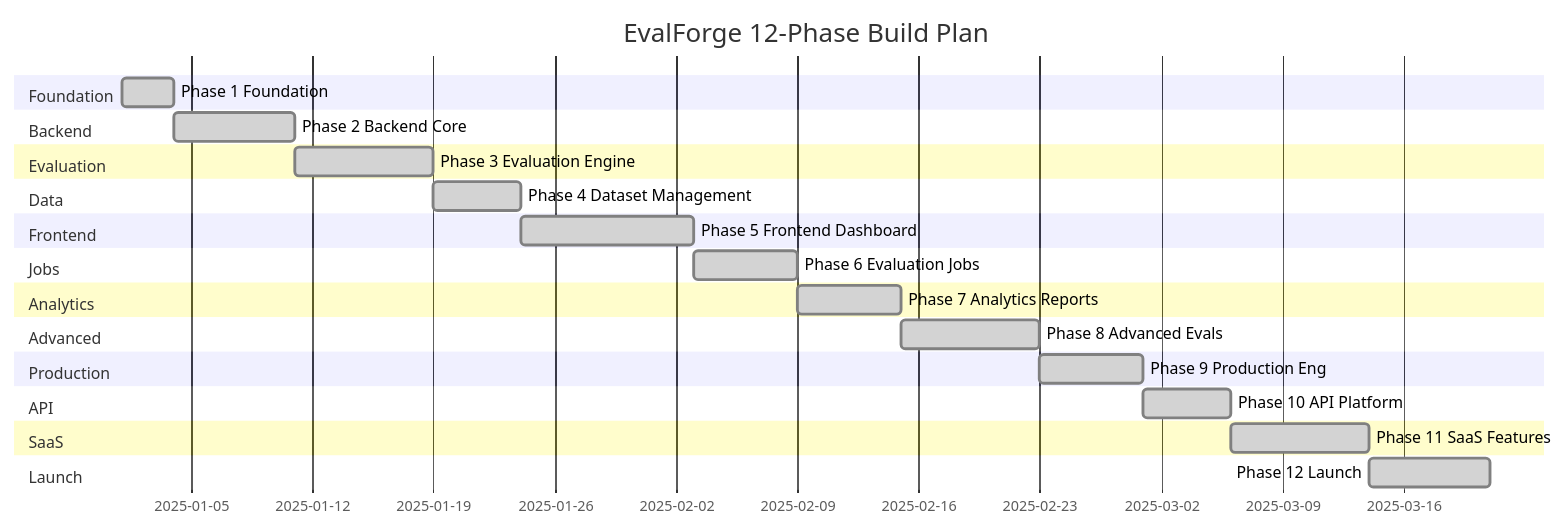
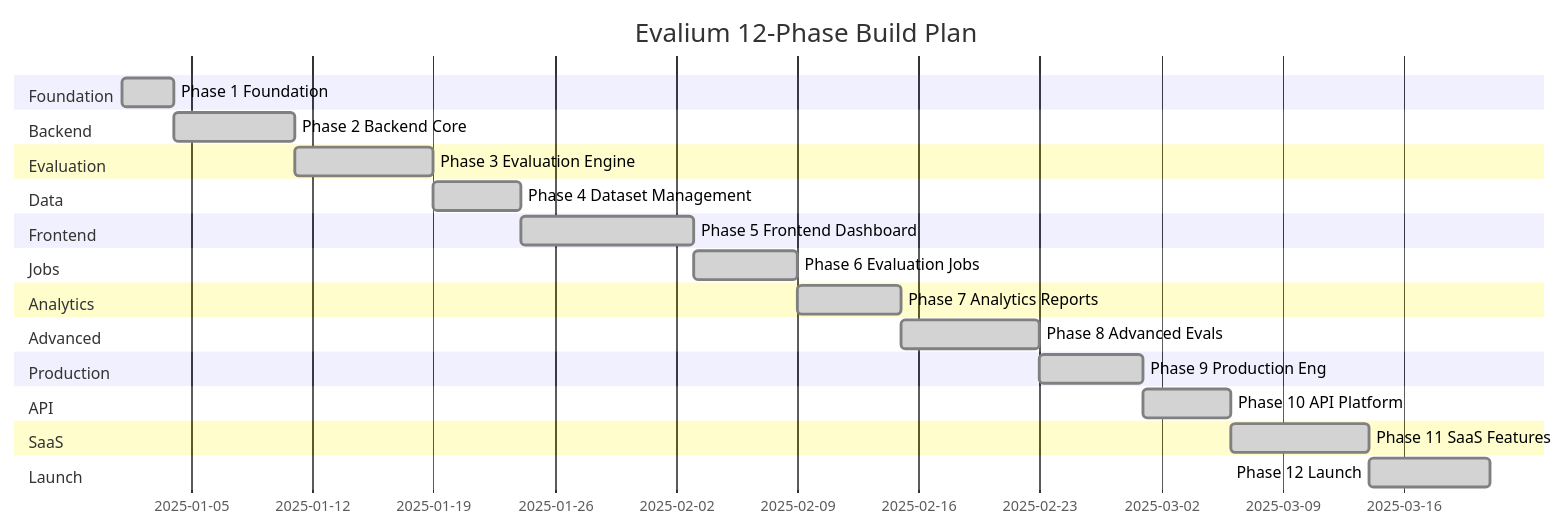
The tenth of 10 diagrams in README.md (hardikkaurani/Eval-Forge), drawn with Mermaid before and after one commit. The commit also changed other lines of this file and 10 other files, not shown here.

````diff
--- a/README.md
+++ b/README.md
@@ -585,29 +585,29 @@
 ```mermaid
 gantt
-    title EvalForge 12-Phase Build Plan
+    title Evalium 12-Phase Build Plan
     dateFormat YYYY-MM-DD
     section Foundation
     Phase 1 Foundation           :done,    p1, 2025-01-01, 3d
     section Backend
     Phase 2 Backend Core         :done,    p2, after p1, 7d
     section Evaluation
     Phase 3 Evaluation Engine    :done,    p3, after p2, 8d
     section Data
     Phase 4 Dataset Management   :done,    p4, after p3, 5d
     section Frontend
     Phase 5 Frontend Dashboard   :done,    p5, after p4, 10d
     section Jobs
     Phase 6 Evaluation Jobs      :done,    p6, after p5, 6d
     section Analytics
     Phase 7 Analytics Reports    :done,    p7, after p6, 6d
     section Advanced
     Phase 8 Advanced Evals       :done,    p8, after p7, 8d
     section Production
     Phase 9 Production Eng       :done,    p9, after p8, 6d
     section API
     Phase 10 API Platform        :done,    p10, after p9, 5d
     section SaaS
     Phase 11 SaaS Features       :done,    p11, after p10, 8d
     section Launch
     Phase 12 Launch              :done,    p12, after p11, 7d
 ```
````
